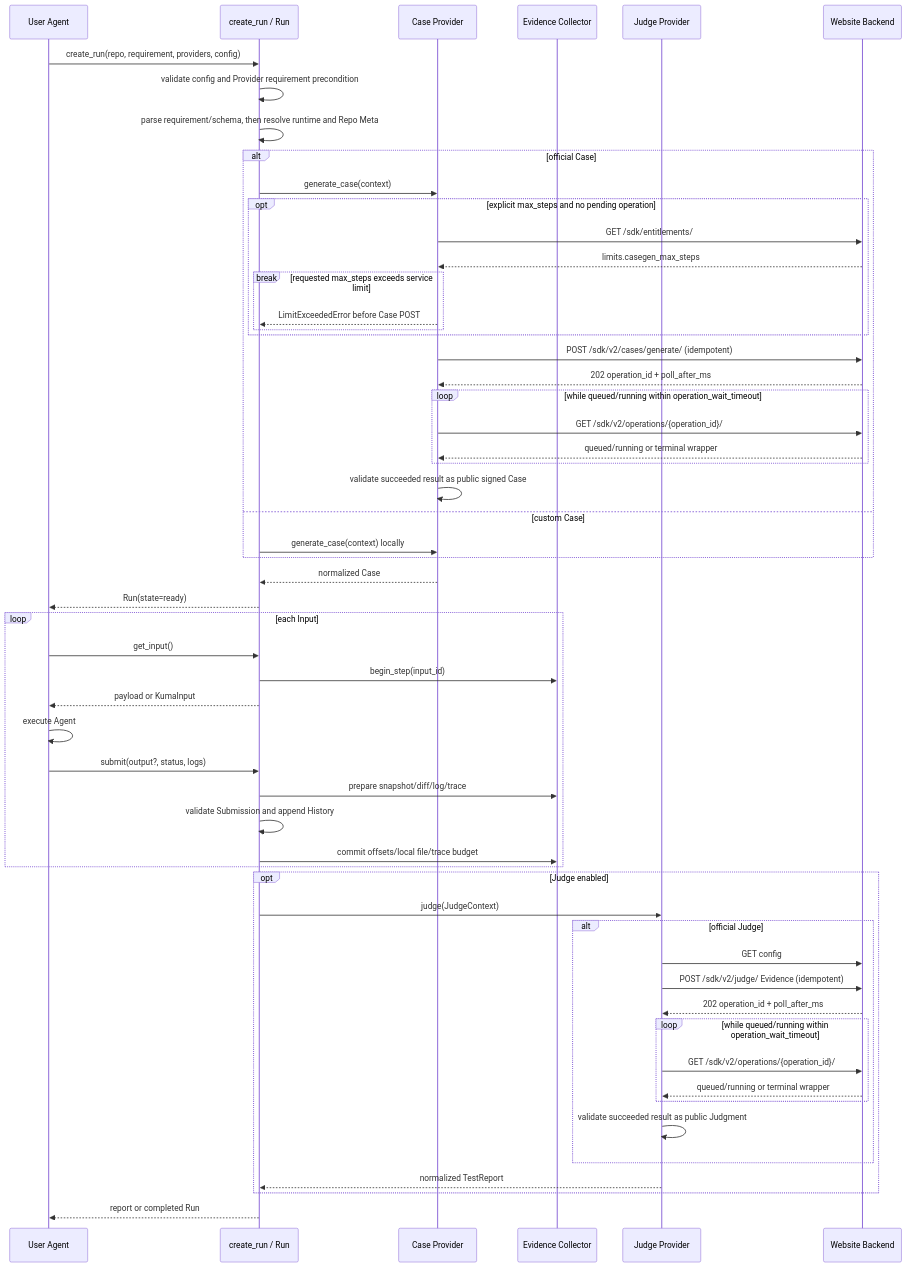
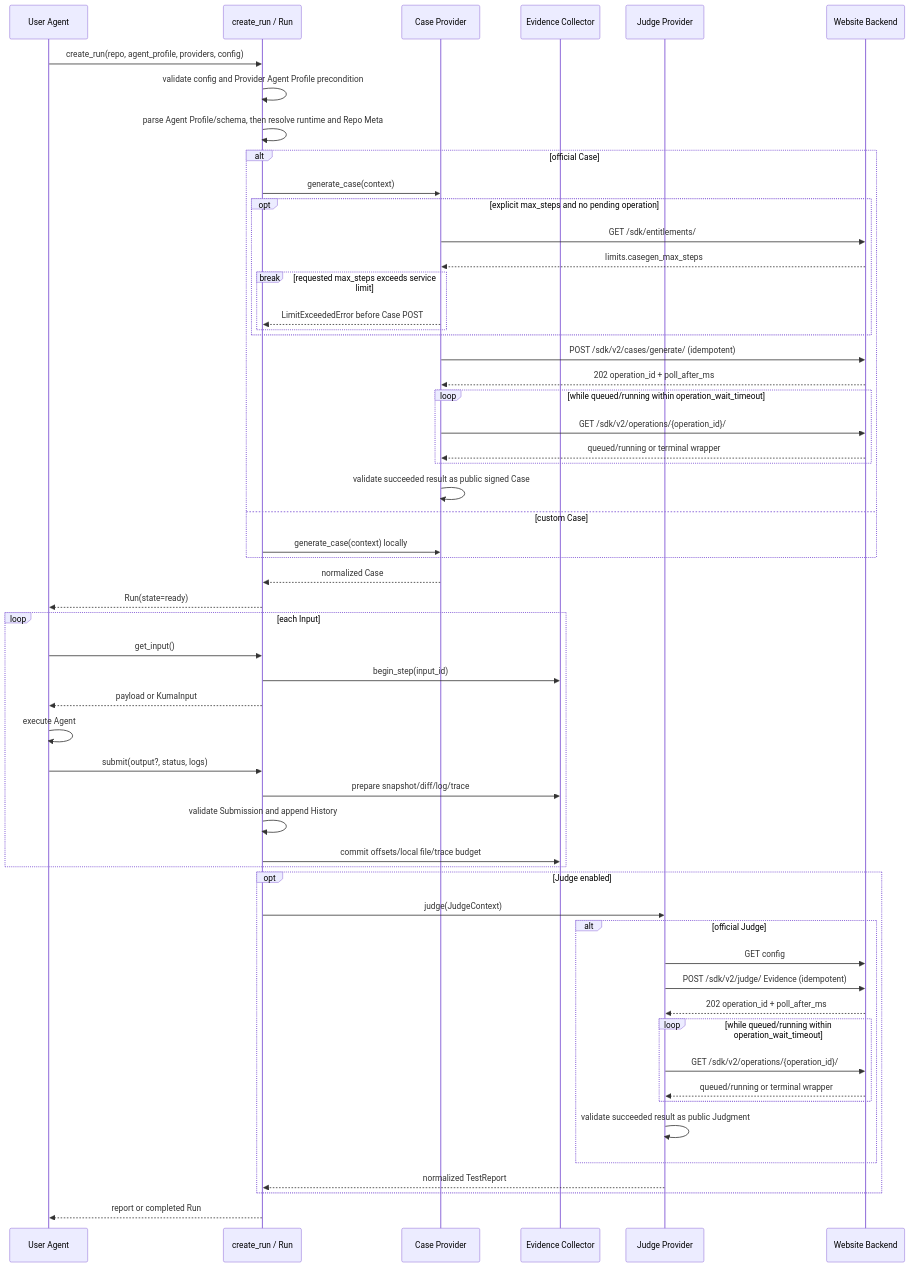
One commit to DDai22/KUMA-DefuzeX changed the third of 5 diagrams in docs/architecture.md. Above: the diagram before and after it, drawn with Mermaid. The commit also changed other lines of this file and 36 other files, not shown here.

First line of the commit message:
feat(sdk): rename requirement to agent profile (#49)

````diff
--- a/docs/architecture.md
+++ b/docs/architecture.md
@@ -123,61 +123,61 @@
 ```mermaid
 sequenceDiagram
     participant U as User Agent
     participant S as create_run / Run
     participant C as Case Provider
     participant E as Evidence Collector
     participant J as Judge Provider
     participant B as Website Backend
 
-    U->>S: create_run(repo, requirement, providers, config)
-    S->>S: validate config and Provider requirement precondition
-    S->>S: parse requirement/schema, then resolve runtime and Repo Meta
+    U->>S: create_run(repo, agent_profile, providers, config)
+    S->>S: validate config and Provider Agent Profile precondition
+    S->>S: parse Agent Profile/schema, then resolve runtime and Repo Meta
     alt official Case
         S->>C: generate_case(context)
         opt explicit max_steps and no pending operation
             C->>B: GET /sdk/entitlements/
             B-->>C: limits.casegen_max_steps
             break requested max_steps exceeds service limit
                 C-->>S: LimitExceededError before Case POST
             end
         end
         C->>B: POST /sdk/v2/cases/generate/ (idempotent)
         B-->>C: 202 operation_id + poll_after_ms
         loop while queued/running within operation_wait_timeout
             C->>B: GET /sdk/v2/operations/{operation_id}/
             B-->>C: queued/running or terminal wrapper
         end
         C->>C: validate succeeded result as public signed Case
     else custom Case
         S->>C: generate_case(context) locally
     end
     C-->>S: normalized Case
     S-->>U: Run(state=ready)
 
     loop each Input
         U->>S: get_input()
         S->>E: begin_step(input_id)
         S-->>U: payload or KumaInput
         U->>U: execute Agent
         U->>S: submit(output?, status, logs)
         S->>E: prepare snapshot/diff/log/trace
         S->>S: validate Submission and append History
         S->>E: commit offsets/local file/trace budget
     end
 
     opt Judge enabled
         S->>J: judge(JudgeContext)
         alt official Judge
             J->>B: GET config
             J->>B: POST /sdk/v2/judge/ Evidence (idempotent)
             B-->>J: 202 operation_id + poll_after_ms
             loop while queued/running within operation_wait_timeout
                 J->>B: GET /sdk/v2/operations/{operation_id}/
                 B-->>J: queued/running or terminal wrapper
             end
             J->>J: validate succeeded result as public Judgment
         end
         J-->>S: normalized TestReport
     end
     S-->>U: report or completed Run
 ```
````
